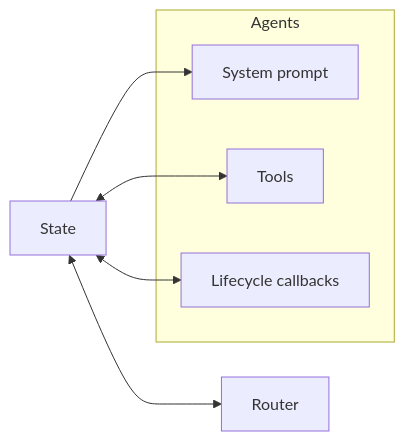
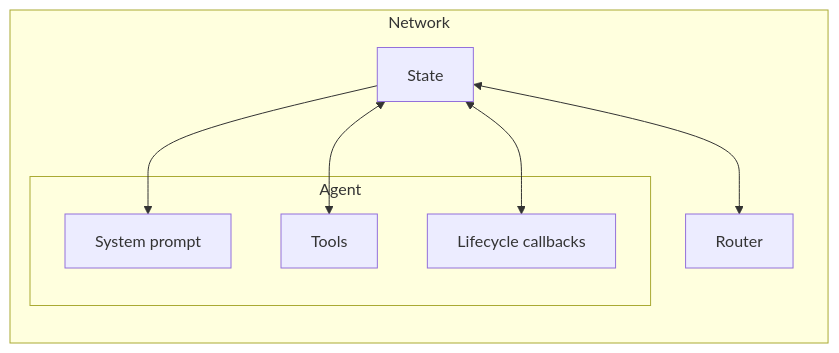
The diagram in packages/agent-kit/README.md (inngest/agent-kit), drawn with Mermaid before and after one commit. The commit also changed other lines of this file, not shown here.

````diff
--- a/packages/agent-kit/README.md
+++ b/packages/agent-kit/README.md
@@ -119,16 +119,18 @@
 ```mermaid
 flowchart LR
-	state["State"]
-	subgraph Agents
-		systemp["System prompt"]
-		tools["Tools"]
-		lifecycle["Lifecycle callbacks"]
+	subgraph Network
+		state["State"]
+		subgraph Agent
+			systemp["System prompt"]
+			tools["Tools"]
+			lifecycle["Lifecycle callbacks"]
+		end
+		router["Router"]
 	end
-	router["Router"]
-
-
+	
+	
 	state-->systemp
 	state<-->tools
 	state<-->lifecycle
 	state<-->router
 ```
````
